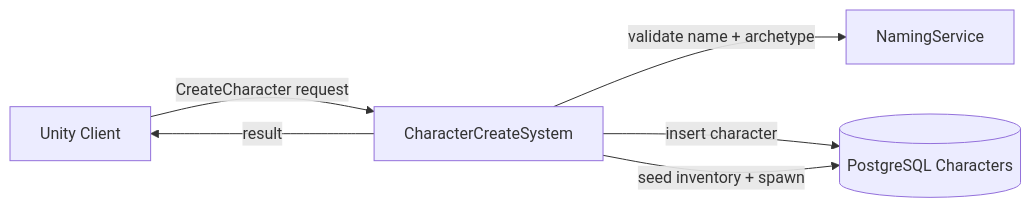
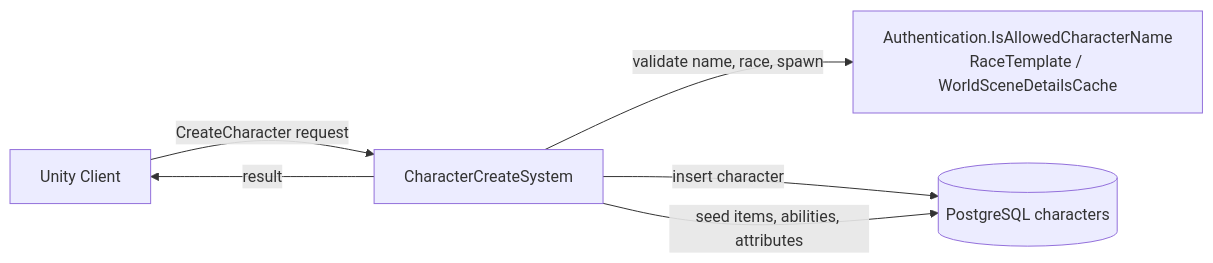
One commit to jimdroberts/FishMMO changed the diagram in FishMMO-Unity/Assets/Scripts/Server/Implementation/LoginServer/CharacterCreate/README.md. Above: the diagram before and after it, drawn with Mermaid. The commit also changed other lines of this file and 62 other files, not shown here.

````diff
--- a/FishMMO-Unity/Assets/Scripts/Server/Implementation/LoginServer/CharacterCreate/README.md
+++ b/FishMMO-Unity/Assets/Scripts/Server/Implementation/LoginServer/CharacterCreate/README.md
@@ -202,8 +207,8 @@
 ```mermaid
 flowchart LR
     Client[Unity Client] -->|CreateCharacter request| Sys[CharacterCreateSystem]
-    Sys -->|validate name + archetype| Naming[NamingService]
-    Sys -->|insert character| DB[(PostgreSQL Characters)]
-    Sys -->|seed inventory + spawn| DB
+    Sys -->|validate name, race, spawn| Val[Authentication.IsAllowedCharacterName<br/>RaceTemplate / WorldSceneDetailsCache]
+    Sys -->|insert character| DB[(PostgreSQL characters)]
+    Sys -->|seed items, abilities, attributes| DB
     Sys -->|result| Client
 ```
````
